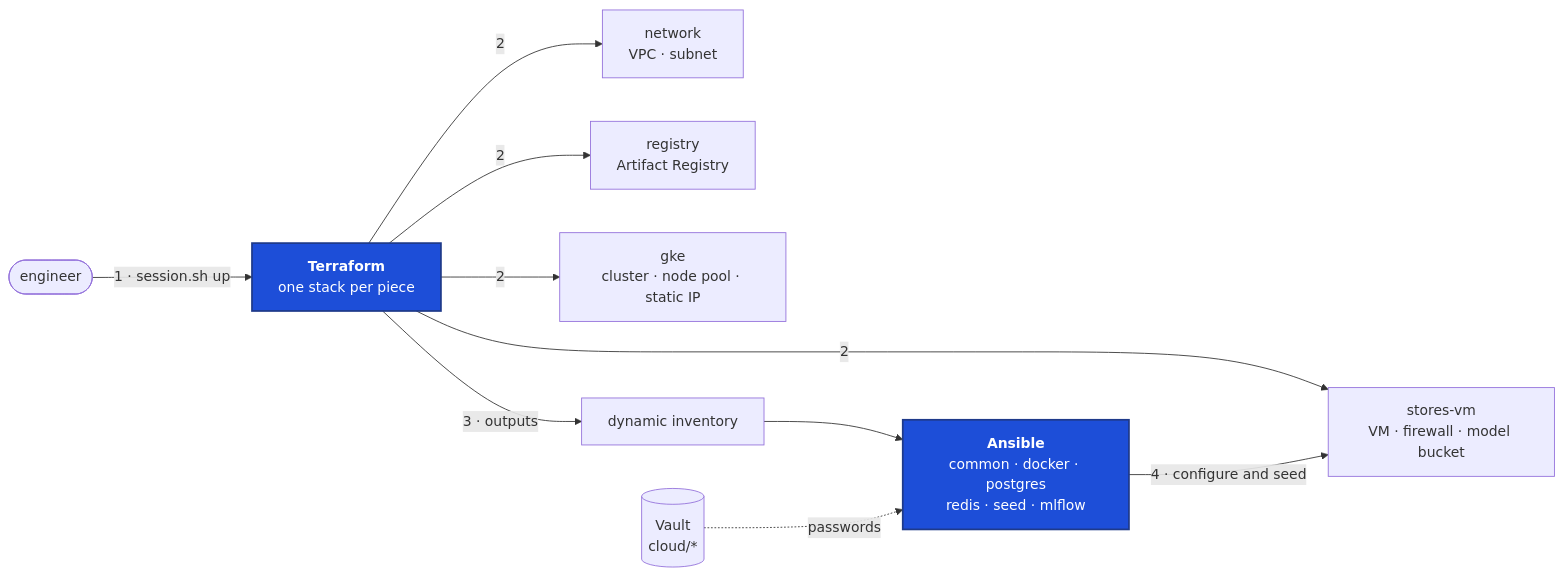
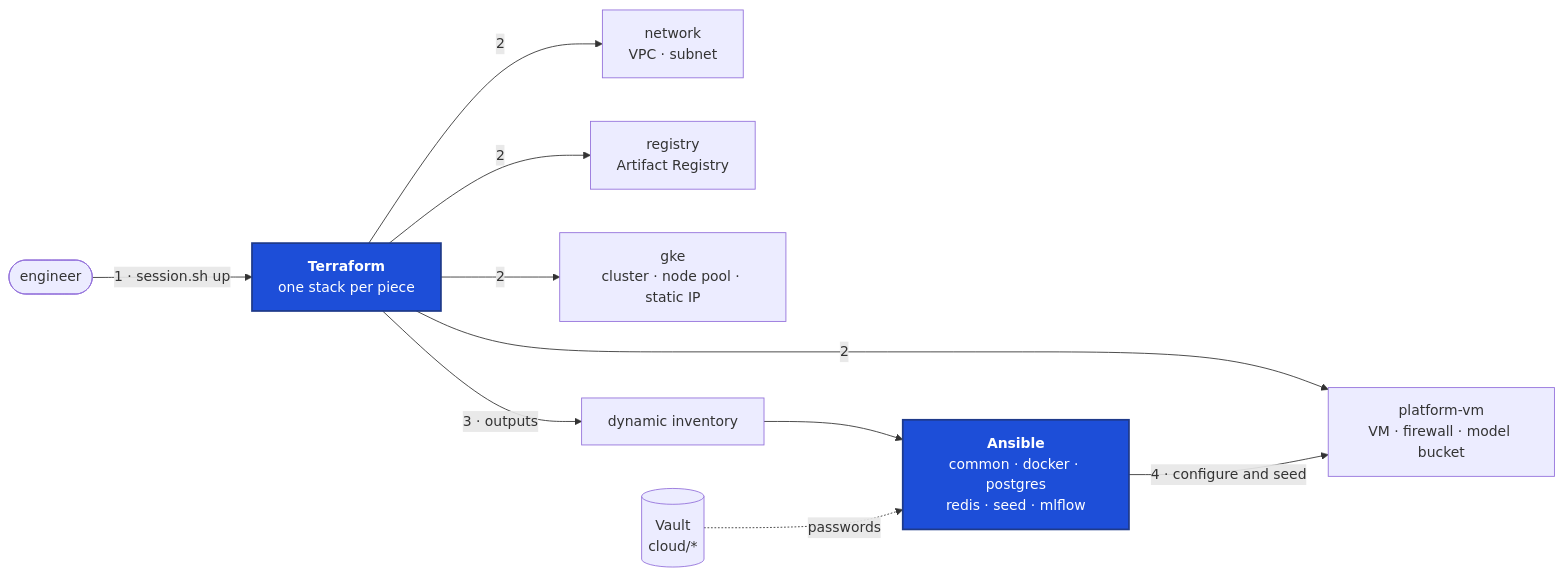
Before and after one commit to hiendat04/fraudstream: the diagram in docs/edai-2/17_infrastructure_as_code.md, drawn with Mermaid. The commit also changed other lines of this file and 18 other files, not shown here.

````diff
--- a/docs/edai-2/17_infrastructure_as_code.md
+++ b/docs/edai-2/17_infrastructure_as_code.md
@@ -8,15 +8,15 @@
 ```mermaid
 flowchart LR
     DEV(["engineer"]) -- "1 · session.sh up" --> TF["<b>Terraform</b><br/>one stack per piece"]
     TF -- "2" --> NET["network<br/>VPC · subnet"]
     TF -- "2" --> REG["registry<br/>Artifact Registry"]
     TF -- "2" --> GKE["gke<br/>cluster · node pool · static IP"]
-    TF -- "2" --> VM["stores-vm<br/>VM · firewall · model bucket"]
+    TF -- "2" --> VM["platform-vm<br/>VM · firewall · model bucket"]
     TF -- "3 · outputs" --> INV["dynamic inventory"]
     INV --> AN["<b>Ansible</b><br/>common · docker · postgres<br/>redis · seed · mlflow"]
     AN -- "4 · configure and seed" --> VM
     VA[("Vault<br/>cloud/*")] -. "passwords" .-> AN
 
     classDef key fill:#1d4ed8,stroke:#1e3a8a,stroke-width:2px,color:#ffffff
     class TF,AN key
 ```
````
